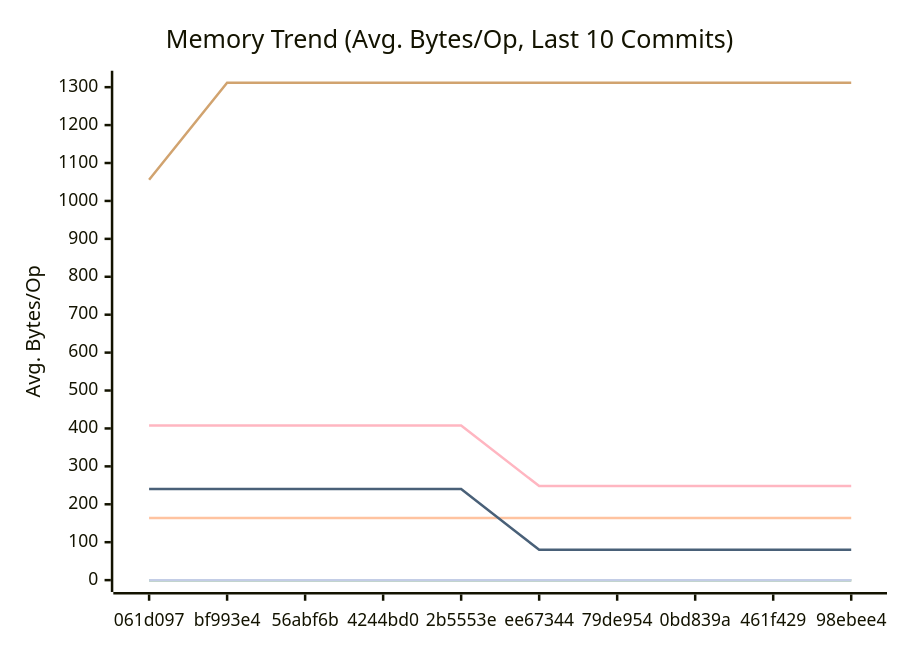
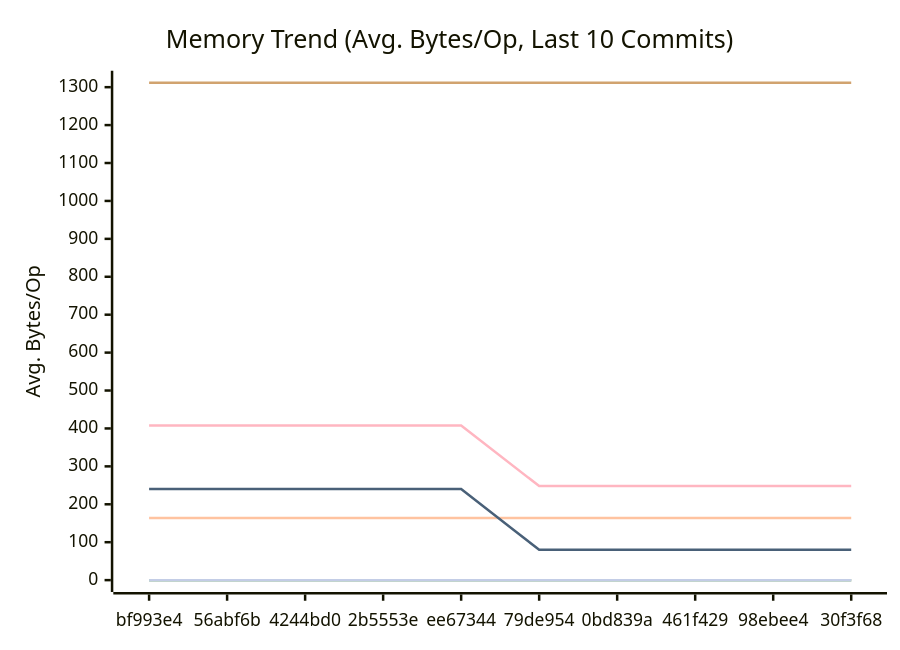
The second of 3 diagrams in docs/PERFORMANCE.md (alsotoes/momo), drawn with Mermaid before and after one commit. The commit also changed other lines of this file and 2 other files, not shown here.

````diff
--- a/docs/PERFORMANCE.md
+++ b/docs/PERFORMANCE.md
@@ -97,16 +97,16 @@
 ```mermaid
 xychart-beta
     title "Memory Trend (Avg. Bytes/Op, Last 10 Commits)"
     x-axis "Commit"
     y-axis "Avg. Bytes/Op"
-    x-axis [061d097,bf993e4,56abf6b,4244bd0,2b5553e,ee67344,79de954,0bd839a,461f429,98ebee4]
+    x-axis [bf993e4,56abf6b,4244bd0,2b5553e,ee67344,79de954,0bd839a,461f429,98ebee4,30f3f68]
     line "CheckMetricsAndSwap" [0,0,0,0,0,0,0,0,0,0]
     line "CrushOptimized" [0,0,0,0,0,0,0,0,0,0]
     line "CrushOriginal" [164,164,164,164,164,164,164,164,164,164]
     line "IndexDirectTracking" [0,0,0,0,0,0,0,0,0,0]
     line "IndexSearch" [0,0,0,0,0,0,0,0,0,0]
-    line "LoadGlobalConfig" [1056,1312,1312,1312,1312,1312,1312,1312,1312,1312]
+    line "LoadGlobalConfig" [1312,1312,1312,1312,1312,1312,1312,1312,1312,1312]
     line "PadString" [0,0,0,0,0,0,0,0,0,0]
     line "ParseReplicationOrder_NoPrealloc" [408,408,408,408,408,248,248,248,248,248]
     line "ParseReplicationOrder_Prealloc" [240,240,240,240,240,80,80,80,80,80]
 ```
````
